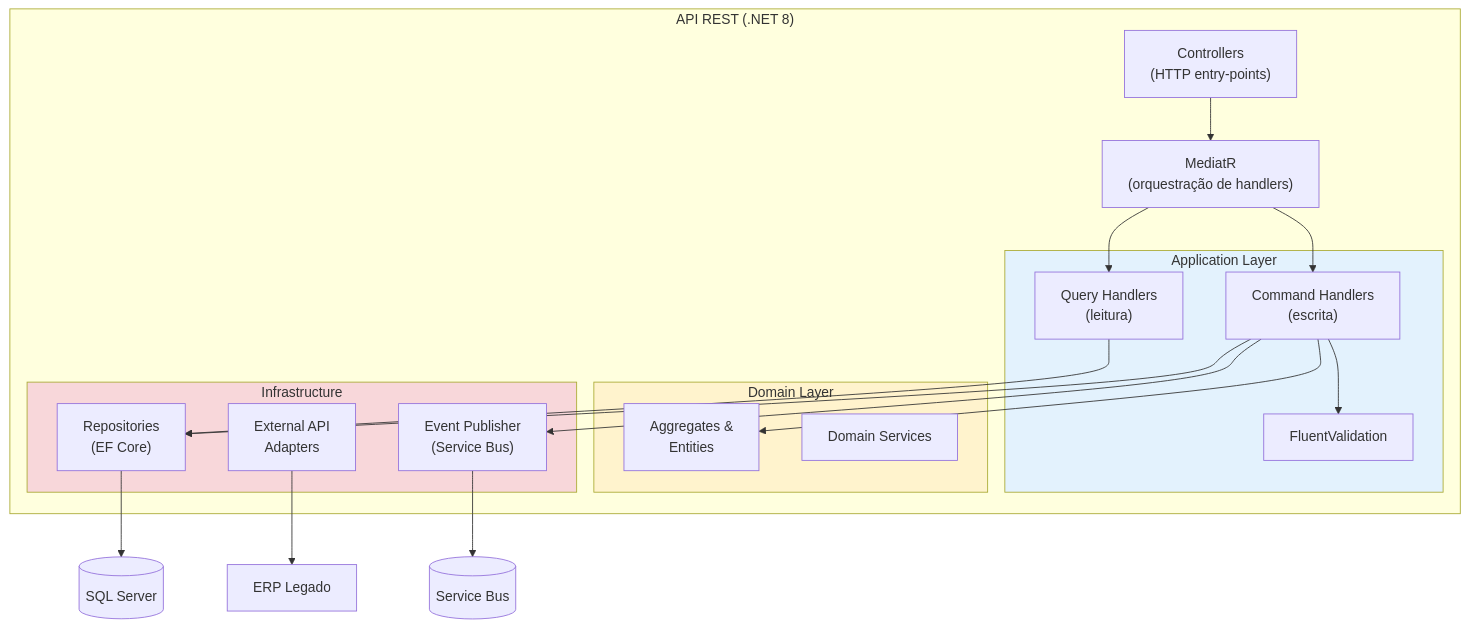
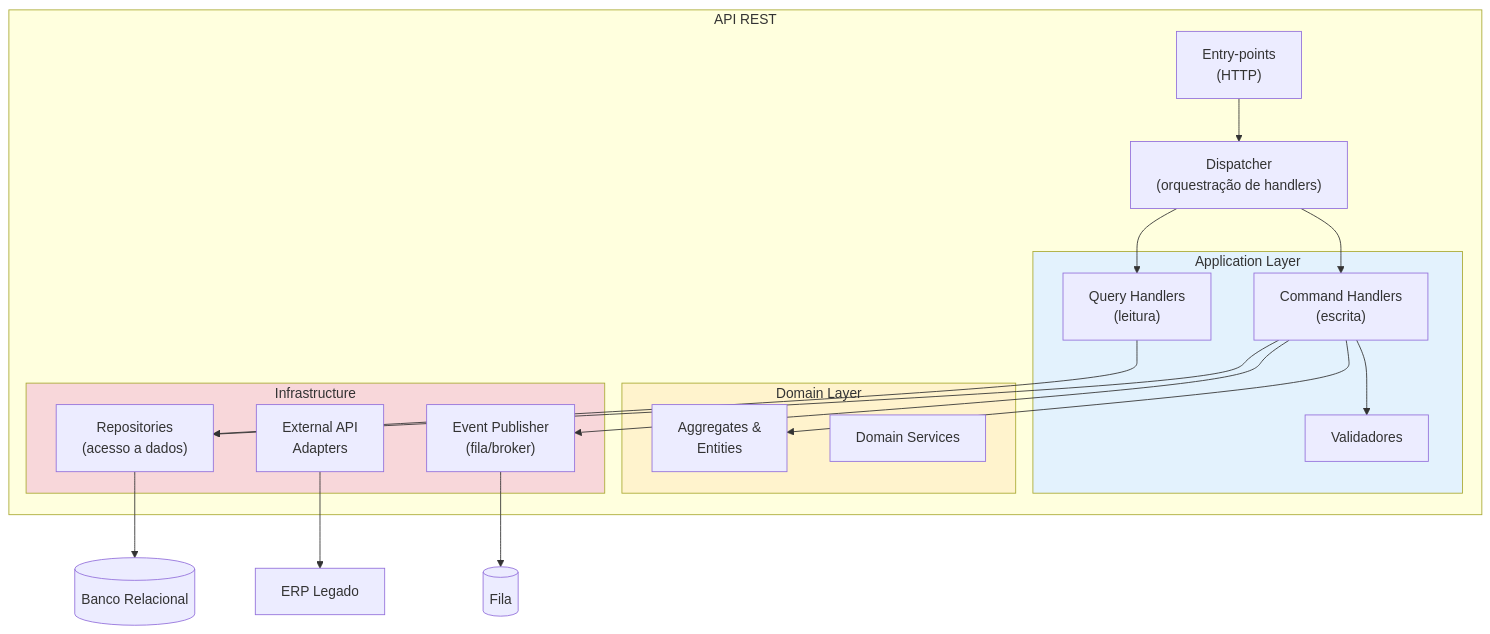
The third of 5 diagrams in skills/architect-leanwork/references/c4-mermaid-templates.md (leanwork/leanwork-sdd), drawn with Mermaid before and after one commit. The commit also changed other lines of this file and 19 other files, not shown here.

````diff
--- a/skills/architect-leanwork/references/c4-mermaid-templates.md
+++ b/skills/architect-leanwork/references/c4-mermaid-templates.md
@@ -83,44 +85,44 @@
 ```mermaid
 flowchart TB
-    subgraph API["API REST (.NET 8)"]
-        Controllers["Controllers<br/>(HTTP entry-points)"]
-        Mediator["MediatR<br/>(orquestração de handlers)"]
+    subgraph API["API REST"]
+        Controllers["Entry-points<br/>(HTTP)"]
+        Dispatcher["Dispatcher<br/>(orquestração de handlers)"]
 
         subgraph Application["Application Layer"]
             Commands["Command Handlers<br/>(escrita)"]
             Queries["Query Handlers<br/>(leitura)"]
-            Validators["FluentValidation"]
+            Validators["Validadores"]
         end
 
         subgraph Domain["Domain Layer"]
             Aggregates["Aggregates &<br/>Entities"]
             DomainServices["Domain Services"]
         end
 
         subgraph Infrastructure["Infrastructure"]
-            Repos["Repositories<br/>(EF Core)"]
+            Repos["Repositories<br/>(acesso a dados)"]
             ExternalAdapters["External API<br/>Adapters"]
-            EventPublisher["Event Publisher<br/>(Service Bus)"]
+            EventPublisher["Event Publisher<br/>(fila/broker)"]
         end
     end
 
-    DB[("SQL Server")]
-    Queue[("Service Bus")]
+    DB[("Banco Relacional")]
+    Queue[("Fila")]
     Legacy["ERP Legado"]
 
-    Controllers --> Mediator
-    Mediator --> Commands
-    Mediator --> Queries
+    Controllers --> Dispatcher
+    Dispatcher --> Commands
+    Dispatcher --> Queries
     Commands --> Validators
     Commands --> Aggregates
     Commands --> Repos
     Commands --> EventPublisher
     Queries --> Repos
     Repos --> DB
     EventPublisher --> Queue
     ExternalAdapters --> Legacy
 
     style Domain fill:#fff3cd
     style Application fill:#e3f2fd
     style Infrastructure fill:#f8d7da
 ```
````
